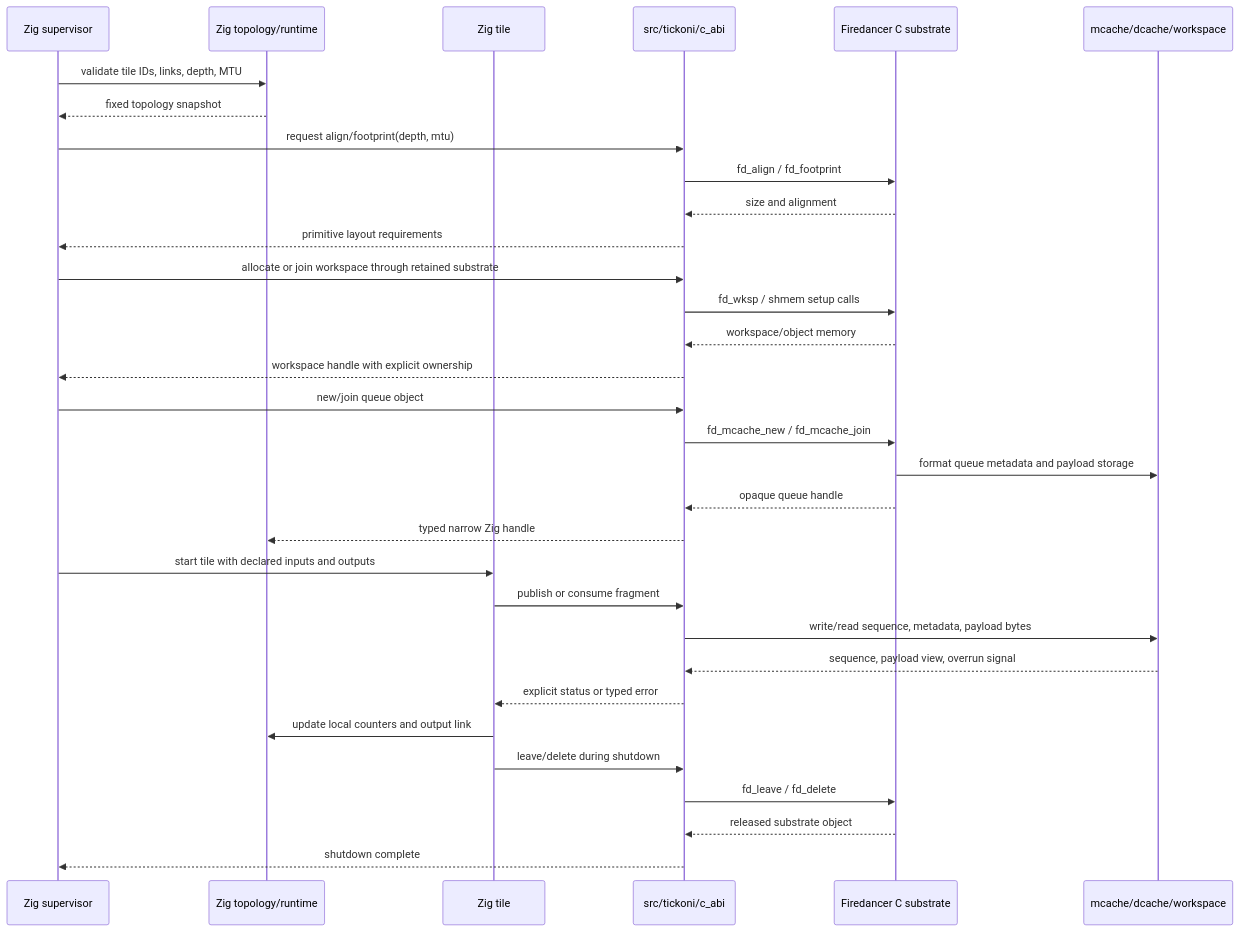
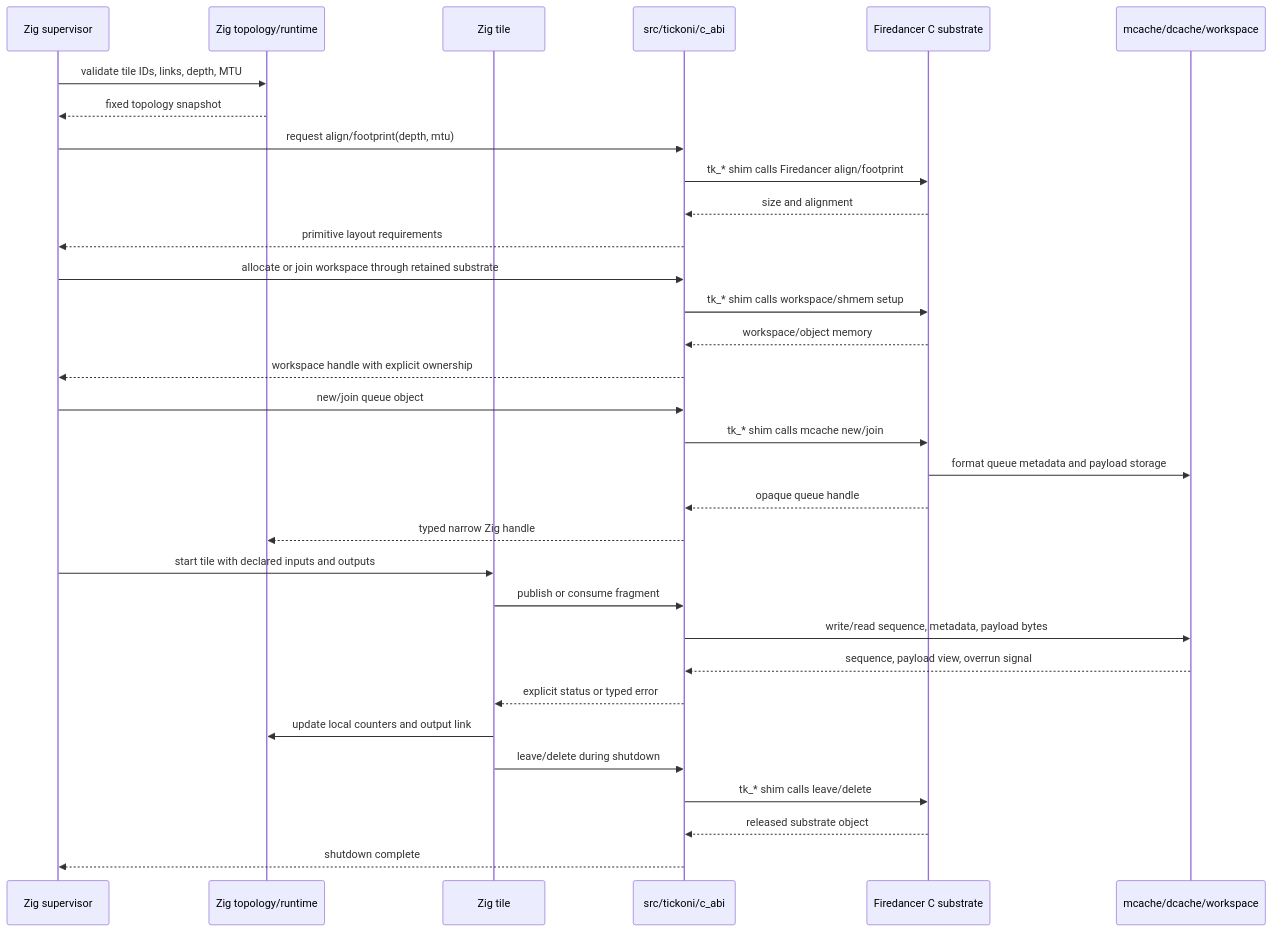
Before and after one commit to deeprnd/firedancer: the second of 2 diagrams in doc/execution/contribution/tickoni.md, drawn with Mermaid. The commit also changed other lines of this file and 139 other files, not shown here.

````diff
--- a/doc/execution/contribution/tickoni.md
+++ b/doc/execution/contribution/tickoni.md
@@ -275,35 +337,35 @@
 ```mermaid
 sequenceDiagram
   participant Sup as Zig supervisor
   participant Topo as Zig topology/runtime
   participant Tile as Zig tile
   participant ABI as src/tickoni/c_abi
   participant C as Firedancer C substrate
   participant Q as mcache/dcache/workspace
 
   Sup->>Topo: validate tile IDs, links, depth, MTU
   Topo-->>Sup: fixed topology snapshot
   Sup->>ABI: request align/footprint(depth, mtu)
-  ABI->>C: fd_align / fd_footprint
+  ABI->>C: tk_* shim calls Firedancer align/footprint
   C-->>ABI: size and alignment
   ABI-->>Sup: primitive layout requirements
   Sup->>ABI: allocate or join workspace through retained substrate
-  ABI->>C: fd_wksp / shmem setup calls
+  ABI->>C: tk_* shim calls workspace/shmem setup
   C-->>ABI: workspace/object memory
   ABI-->>Sup: workspace handle with explicit ownership
   Sup->>ABI: new/join queue object
-  ABI->>C: fd_mcache_new / fd_mcache_join
+  ABI->>C: tk_* shim calls mcache new/join
   C->>Q: format queue metadata and payload storage
   C-->>ABI: opaque queue handle
   ABI-->>Topo: typed narrow Zig handle
   Sup->>Tile: start tile with declared inputs and outputs
   Tile->>ABI: publish or consume fragment
   ABI->>Q: write/read sequence, metadata, payload bytes
   Q-->>ABI: sequence, payload view, overrun signal
   ABI-->>Tile: explicit status or typed error
   Tile->>Topo: update local counters and output link
   Tile->>ABI: leave/delete during shutdown
-  ABI->>C: fd_leave / fd_delete
+  ABI->>C: tk_* shim calls leave/delete
   C-->>ABI: released substrate object
   ABI-->>Sup: shutdown complete
 ```
````
